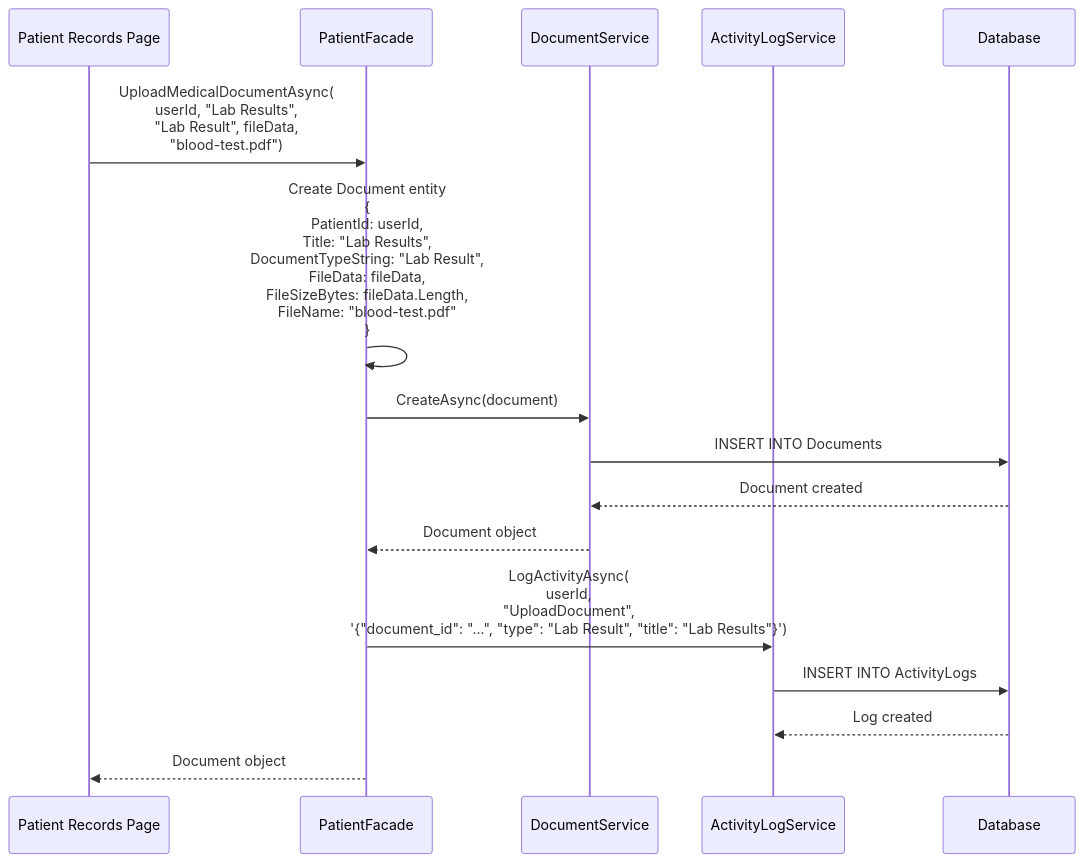
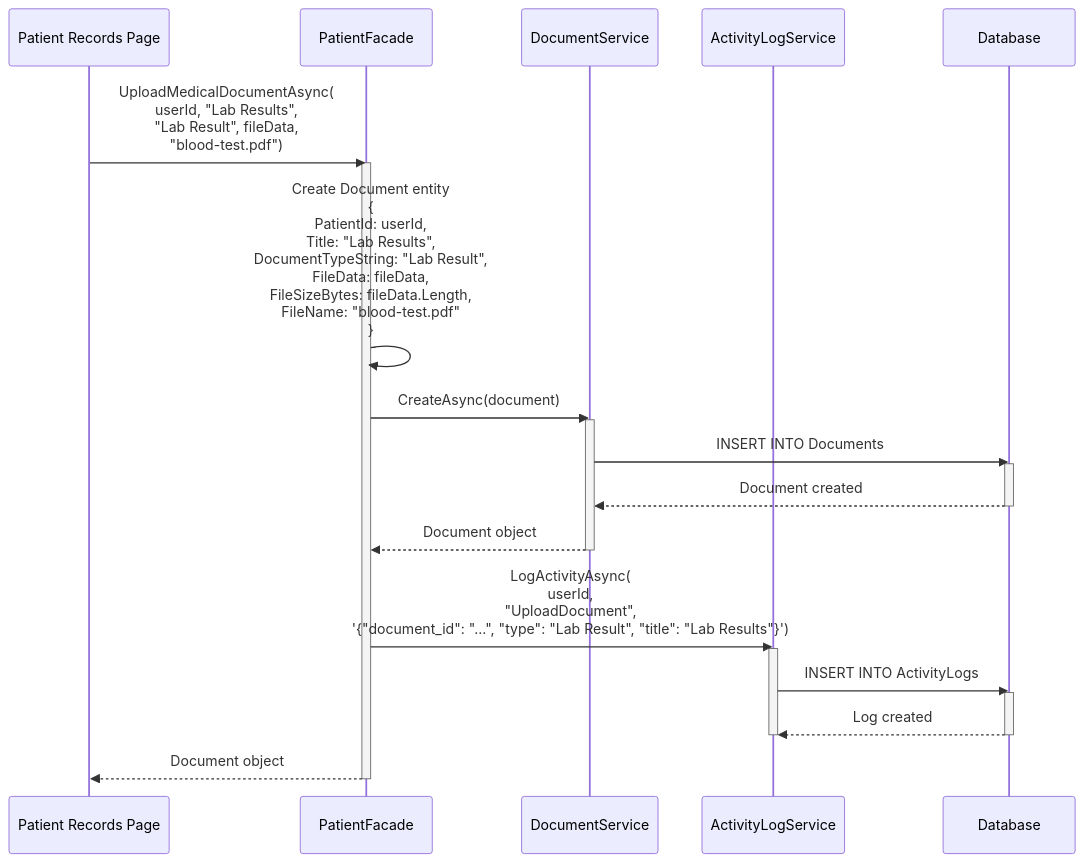
One commit to WeiXuan-C/ai-clinic changed the fifth of 12 diagrams in DESIGN_PATTERNS_PROFESSIONAL.md. Above: the diagram before and after it, drawn with Mermaid. The commit also changed other lines of this file and 17 other files, not shown here.

````diff
--- a/DESIGN_PATTERNS_PROFESSIONAL.md
+++ b/DESIGN_PATTERNS_PROFESSIONAL.md
@@ -512,23 +526,33 @@
 ```mermaid
 sequenceDiagram
     participant UI as Patient Records Page
     participant Facade as PatientFacade
     participant DocSvc as DocumentService
     participant LogSvc as ActivityLogService
     participant DB as Database
     
     UI->>Facade: UploadMedicalDocumentAsync(<br/>userId, "Lab Results",<br/>"Lab Result", fileData,<br/>"blood-test.pdf")
+    activate Facade
     
     Facade->>Facade: Create Document entity<br/>{<br/>  PatientId: userId,<br/>  Title: "Lab Results",<br/>  DocumentTypeString: "Lab Result",<br/>  FileData: fileData,<br/>  FileSizeBytes: fileData.Length,<br/>  FileName: "blood-test.pdf"<br/>}
     
     Facade->>DocSvc: CreateAsync(document)
+    activate DocSvc
     DocSvc->>DB: INSERT INTO Documents
+    activate DB
     DB-->>DocSvc: Document created
+    deactivate DB
     DocSvc-->>Facade: Document object
+    deactivate DocSvc
     
     Facade->>LogSvc: LogActivityAsync(<br/>userId,<br/>"UploadDocument",<br/>'{"document_id": "...", "type": "Lab Result", "title": "Lab Results"}')
+    activate LogSvc
     LogSvc->>DB: INSERT INTO ActivityLogs
+    activate DB
     DB-->>LogSvc: Log created
+    deactivate DB
+    deactivate LogSvc
     
     Facade-->>UI: Document object
+    deactivate Facade
 ```
````
